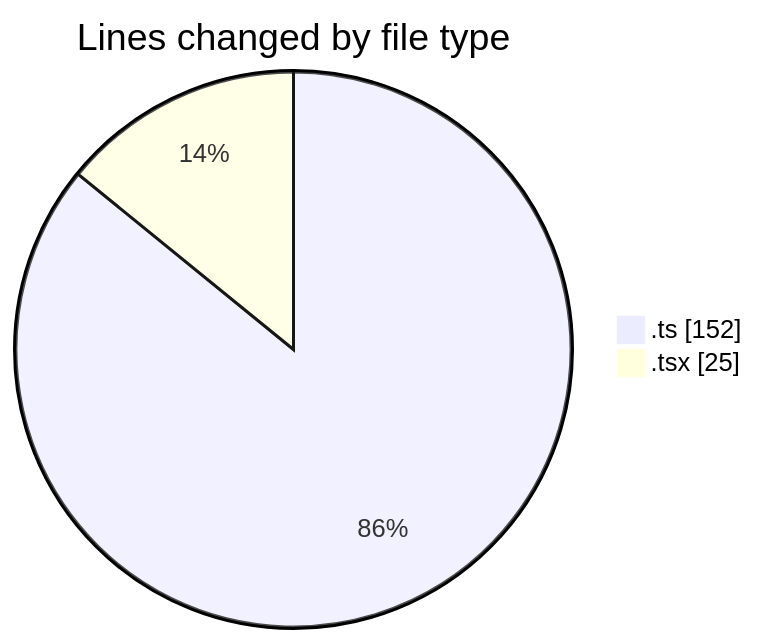
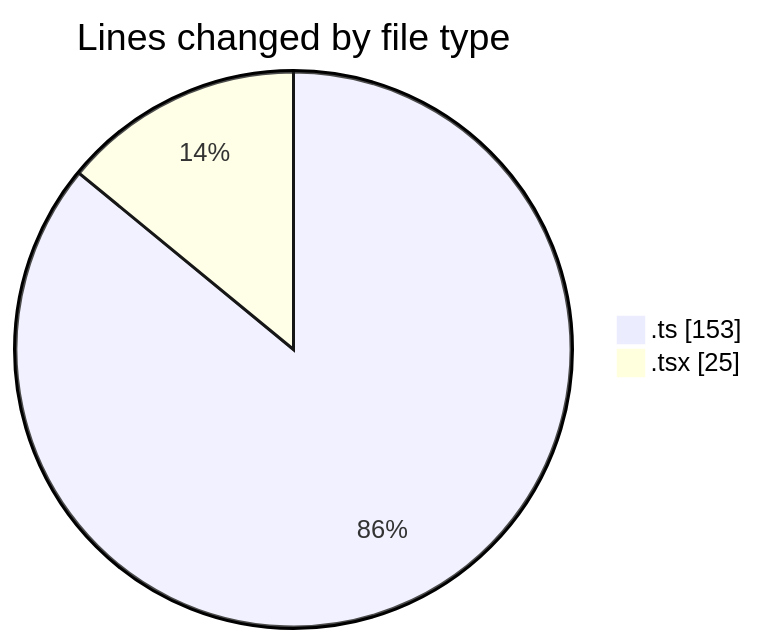
Before and after one commit to julien-gomy/code-tracking: the first of 2 diagrams in 2025-11-26/eventscop-frontend-guide__workspace_/README.md, drawn with Mermaid. The commit also changed other lines of this file and 1 other file, not shown here.

````diff
--- a/2025-11-26/eventscop-frontend-guide__workspace_/README.md
+++ b/2025-11-26/eventscop-frontend-guide__workspace_/README.md
@@ -21,6 +22,6 @@
 ```mermaid
 pie showData
 title Lines changed by file type
-".ts" : 152
+".ts" : 153
 ".tsx" : 25
 ```
````
